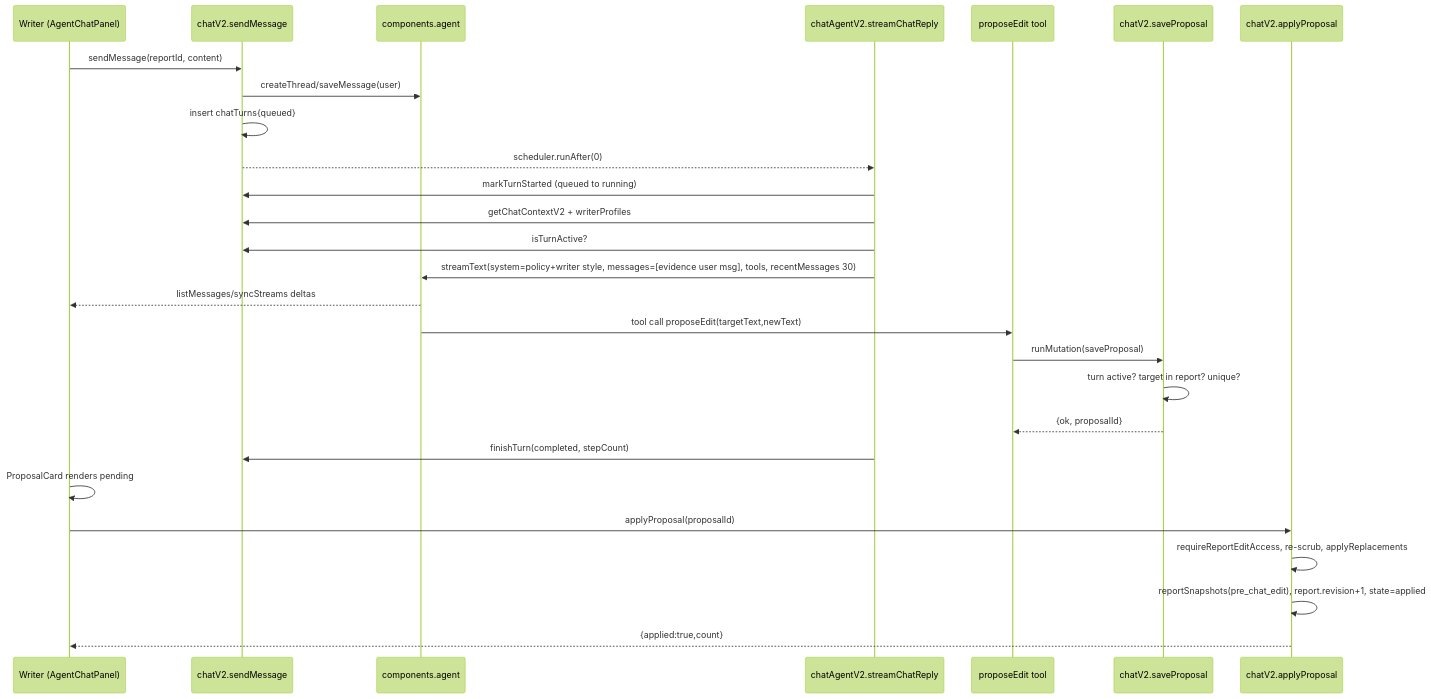
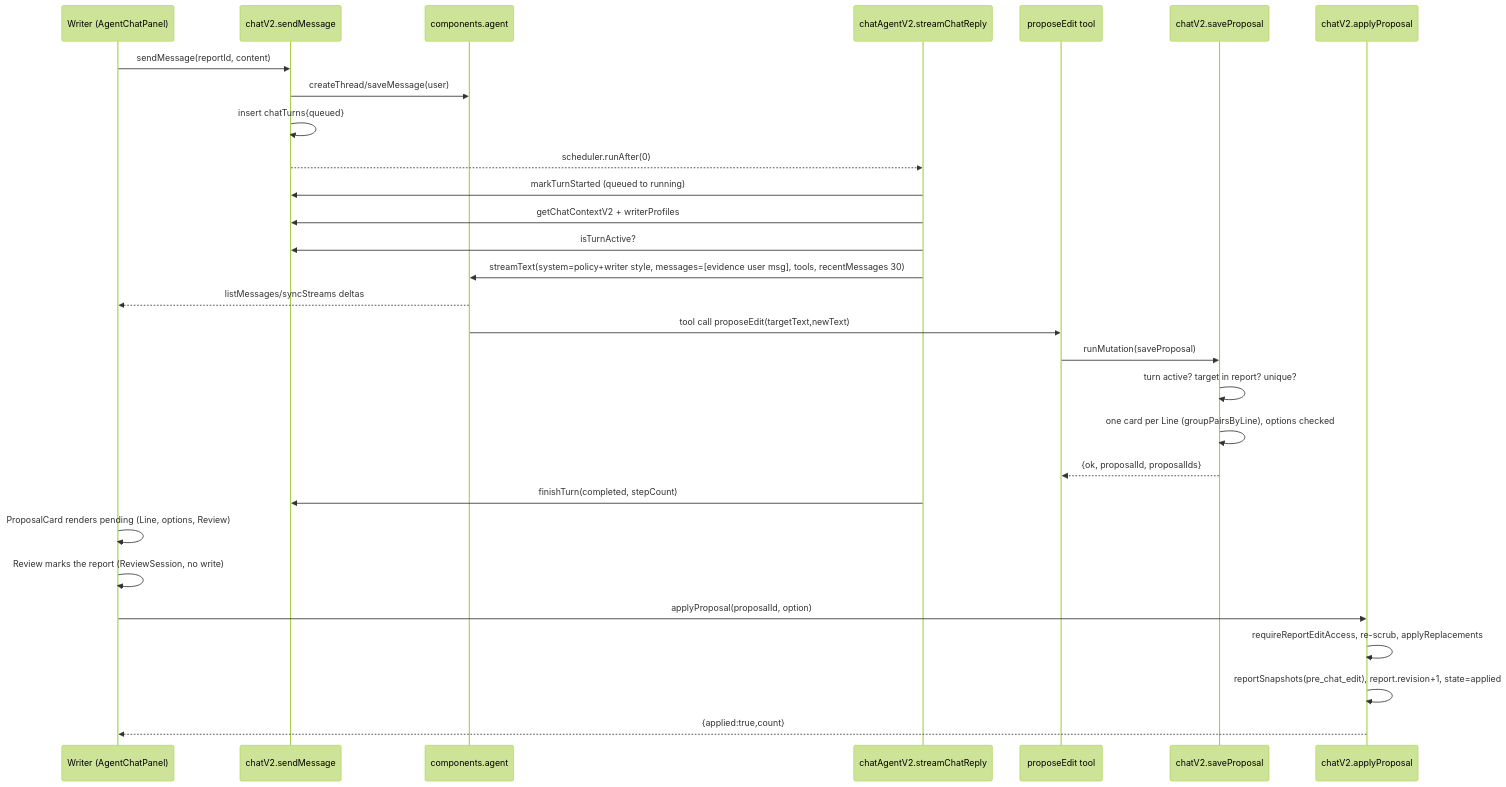
The eighth of 11 diagrams in docs/system-map.md (Choquer-agency/Banhall), drawn with Mermaid (forest theme) before and after one commit. The commit also changed other lines of this file and 4 other files, not shown here.

First line of the commit message:
Record the Assistant redesign in the product rules, architecture map, design system and changelog

````diff
--- a/docs/system-map.md
+++ b/docs/system-map.md
@@ -267,29 +267,31 @@
 ```mermaid
 sequenceDiagram
   participant W as Writer (AgentChatPanel)
   participant M as chatV2.sendMessage
   participant C as components.agent
   participant A as chatAgentV2.streamChatReply
   participant T as proposeEdit tool
   participant S as chatV2.saveProposal
   participant P as chatV2.applyProposal
   W->>M: sendMessage(reportId, content)
   M->>C: createThread/saveMessage(user)
   M->>M: insert chatTurns{queued}
   M-->>A: scheduler.runAfter(0)
   A->>M: markTurnStarted (queued to running)
   A->>M: getChatContextV2 + writerProfiles
   A->>M: isTurnActive?
   A->>C: streamText(system=policy+writer style, messages=[evidence user msg], tools, recentMessages 30)
   C-->>W: listMessages/syncStreams deltas
   C->>T: tool call proposeEdit(targetText,newText)
   T->>S: runMutation(saveProposal)
   S->>S: turn active? target in report? unique?
-  S-->>T: {ok, proposalId}
+  S->>S: one card per Line (groupPairsByLine), options checked
+  S-->>T: {ok, proposalId, proposalIds}
   A->>M: finishTurn(completed, stepCount)
-  W->>W: ProposalCard renders pending
-  W->>P: applyProposal(proposalId)
+  W->>W: ProposalCard renders pending (Line, options, Review)
+  W->>W: Review marks the report (ReviewSession, no write)
+  W->>P: applyProposal(proposalId, option)
   P->>P: requireReportEditAccess, re-scrub, applyReplacements
   P->>P: reportSnapshots(pre_chat_edit), report.revision+1, state=applied
   P-->>W: {applied:true,count}
 ```
````
